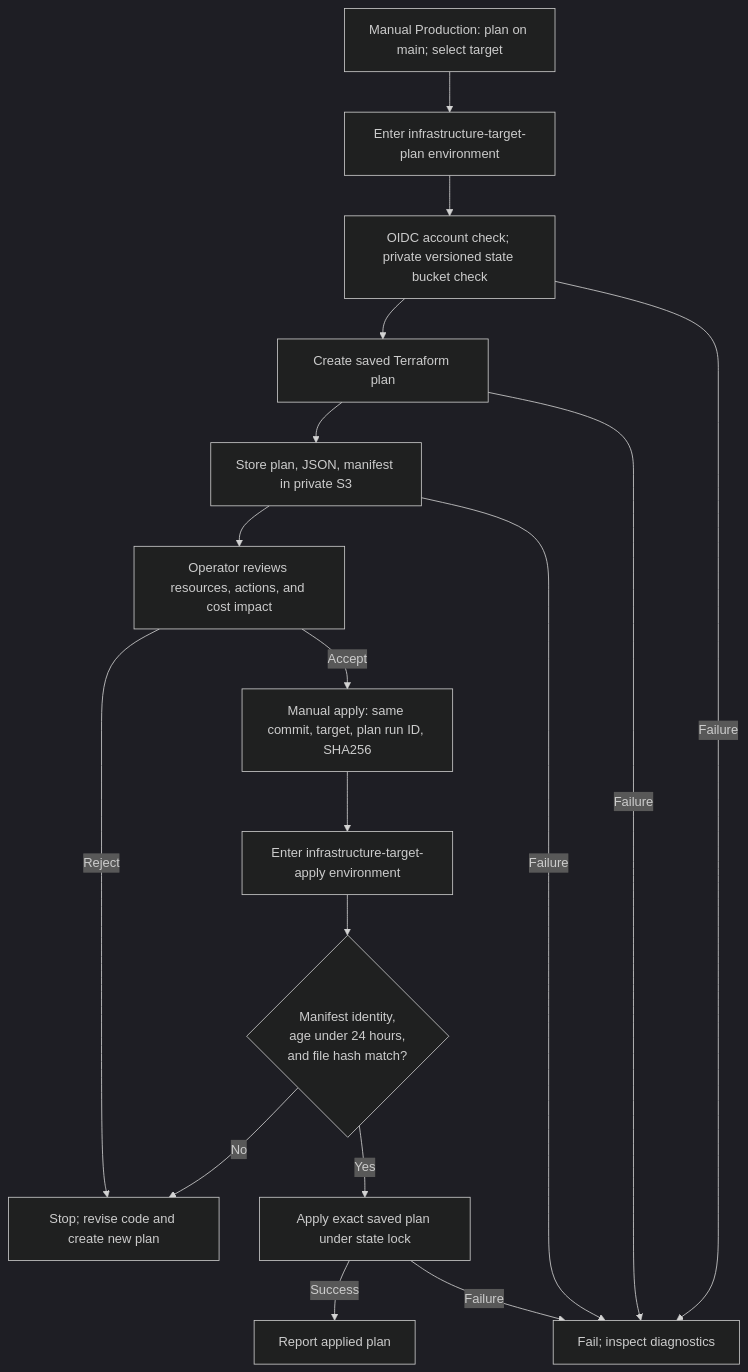
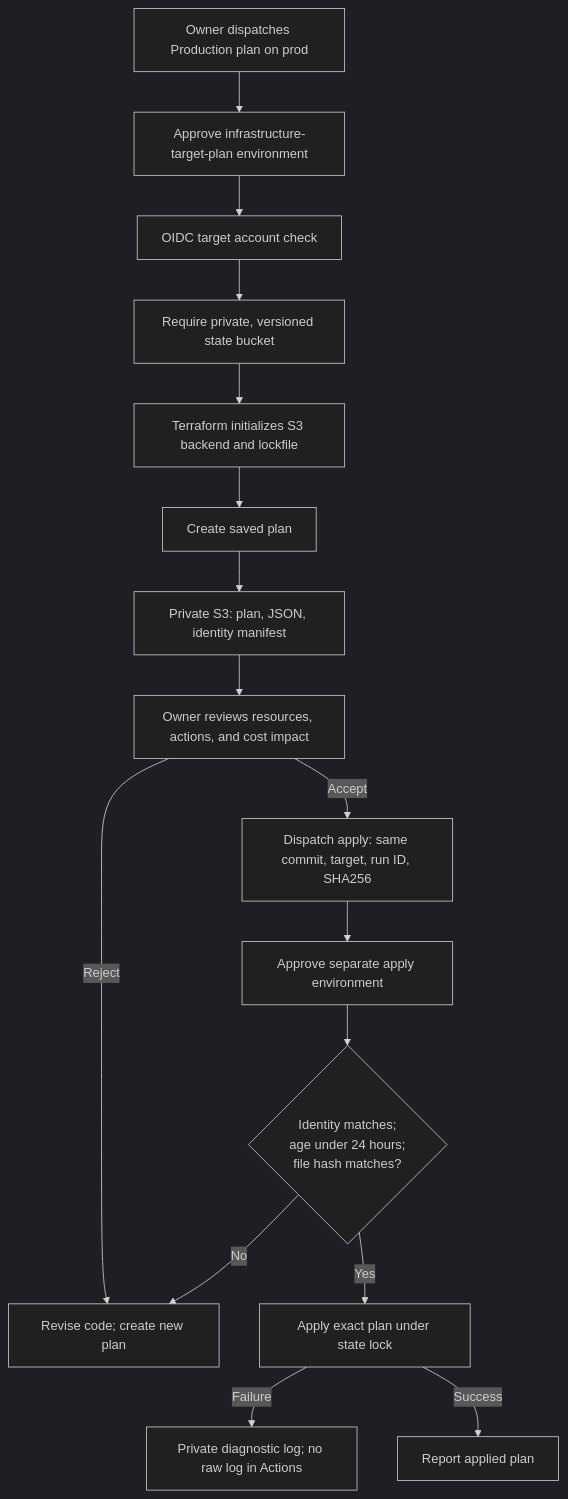
Before and after one commit to Yale-Undergraduate-Consulting-Group/club-res-website: the tenth of 16 diagrams in docs/CI_CD.md, drawn with Mermaid (dark theme). The commit also changed other lines of this file and 40 other files, not shown here.

Commit message:
Redesign contributor stages and document AWS architecture

````diff
--- a/docs/CI_CD.md
+++ b/docs/CI_CD.md
@@ -172,19 +350,18 @@
 ```mermaid
 flowchart TD
-  P["Manual Production: plan on main; select target"] --> E["Enter infrastructure-target-plan environment"]
-  E --> C["OIDC account check; private versioned state bucket check"]
-  C --> T["Create saved Terraform plan"]
-  T --> S["Store plan, JSON, manifest in private S3"]
-  S --> R["Operator reviews resources, actions, and cost impact"]
-  R -->|Reject| STOP["Stop; revise code and create new plan"]
-  R -->|Accept| A["Manual apply: same commit, target, plan run ID, SHA256"]
-  A --> AP["Enter infrastructure-target-apply environment"]
-  AP --> V{"Manifest identity,<br/>age under 24 hours,<br/>and file hash match?"}
-  V -->|No| STOP
-  V -->|Yes| TF["Apply exact saved plan under state lock"]
-  TF -->|Success| DONE["Report applied plan"]
-  C -->|Failure| FAIL["Fail; inspect diagnostics"]
-  T -->|Failure| FAIL
-  S -->|Failure| FAIL
-  TF -->|Failure| FAIL
+  O["Owner dispatches Production plan on prod"] --> E["Approve infrastructure-target-plan environment"]
+  E --> A["OIDC target account check"]
+  A --> B["Require private, versioned state bucket"]
+  B --> LOCK["Terraform initializes S3 backend and lockfile"]
+  LOCK --> PLAN["Create saved plan"]
+  PLAN --> STORE["Private S3: plan, JSON, identity manifest"]
+  STORE --> REVIEW["Owner reviews resources, actions, and cost impact"]
+  REVIEW -->|Reject| STOP["Revise code; create new plan"]
+  REVIEW -->|Accept| APPLY["Dispatch apply: same commit, target, run ID, SHA256"]
+  APPLY --> APPROVE["Approve separate apply environment"]
+  APPROVE --> MATCH{"Identity matches;<br/>age under 24 hours;<br/>file hash matches?"}
+  MATCH -->|No| STOP
+  MATCH -->|Yes| EXEC["Apply exact plan under state lock"]
+  EXEC -->|Failure| LOG["Private diagnostic log; no raw log in Actions"]
+  EXEC -->|Success| DONE["Report applied plan"]
 ```
````
